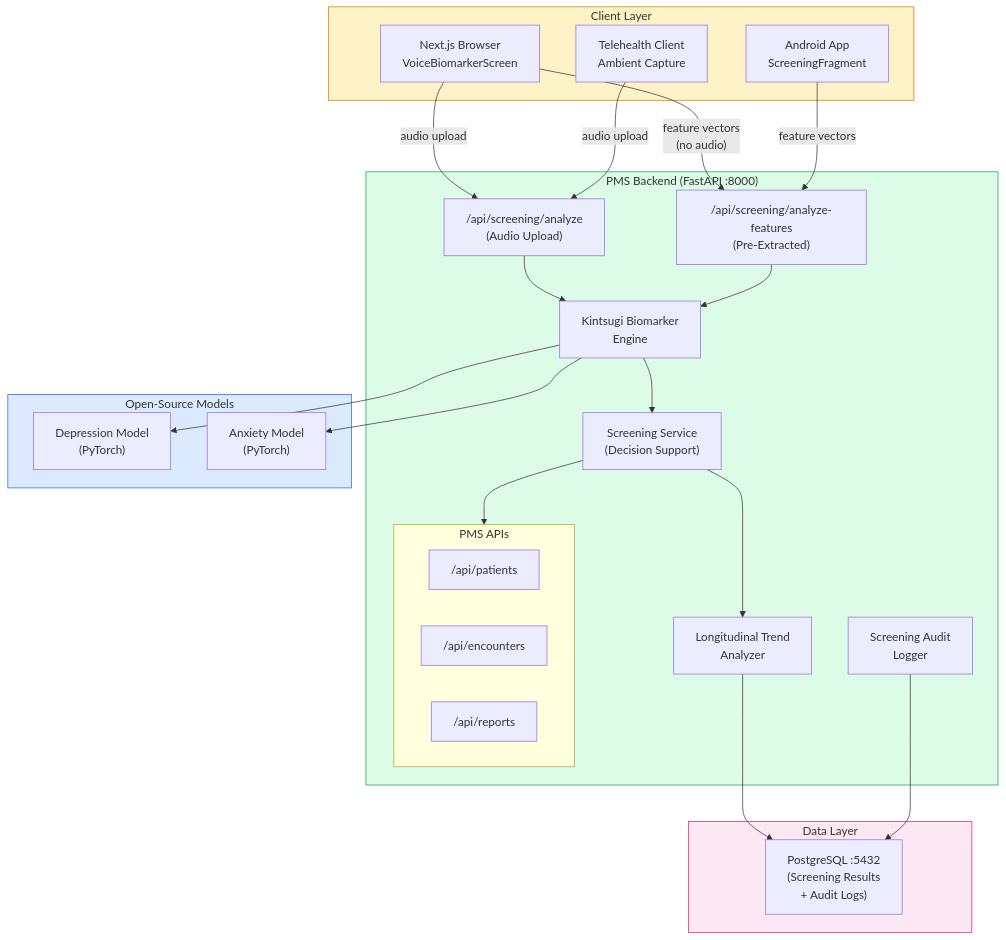
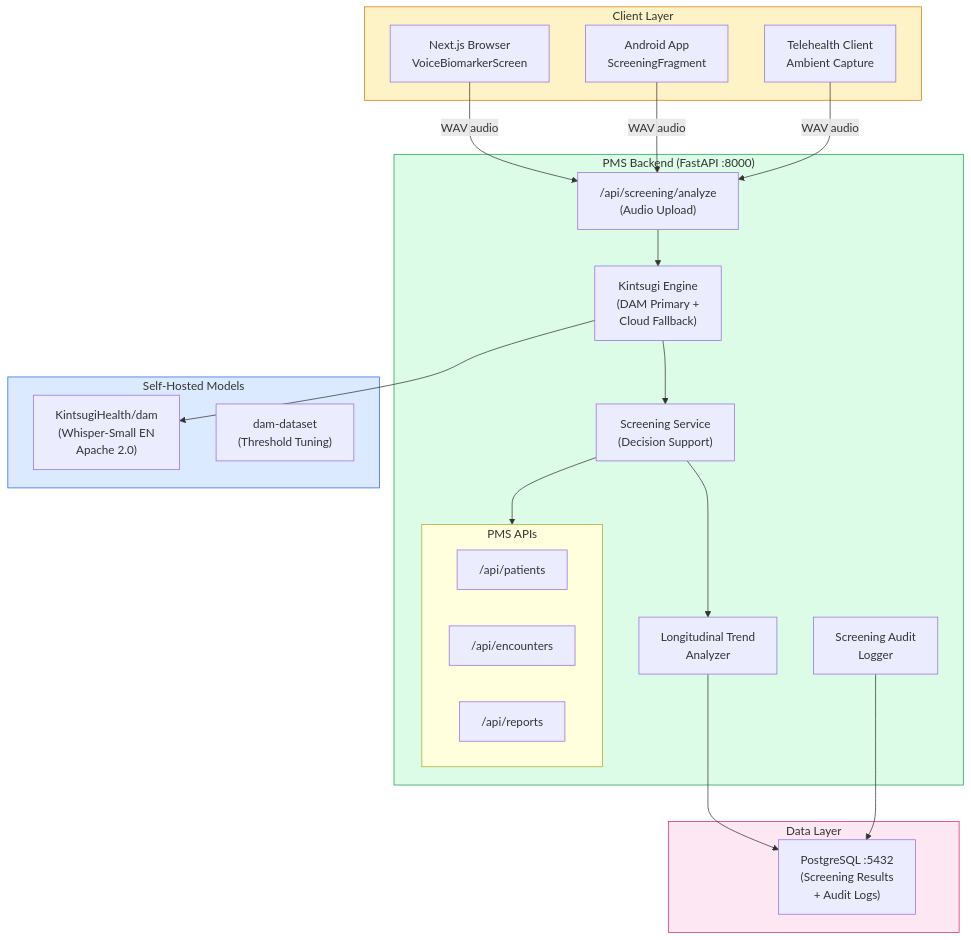
Before and after one commit to utexas-demo/demo: the second of 2 diagrams in docs/experiments/35-KintsugiOpenSource-Developer-Tutorial.md, drawn with Mermaid. The commit also changed other lines of this file and 4 other files, not shown here.

First line of the commit message:
Update Experiment 35 to use PyPI SDK and HuggingFace DAM model; add AI brief

````diff
--- a/docs/experiments/35-KintsugiOpenSource-Developer-Tutorial.md
+++ b/docs/experiments/35-KintsugiOpenSource-Developer-Tutorial.md
@@ -122,51 +123,47 @@
 ```mermaid
 flowchart TB
     subgraph Client["Client Layer"]
         BROWSER["Next.js Browser<br/>VoiceBiomarkerScreen"]
         ANDROID["Android App<br/>ScreeningFragment"]
         TELE["Telehealth Client<br/>Ambient Capture"]
     end
 
     subgraph Backend["PMS Backend (FastAPI :8000)"]
         ANALYZE["/api/screening/analyze<br/>(Audio Upload)"]
-        FEATURES["/api/screening/analyze-features<br/>(Pre-Extracted)"]
-        ENGINE["Kintsugi Biomarker<br/>Engine"]
+        ENGINE["Kintsugi Engine<br/>(DAM Primary +<br/>Cloud Fallback)"]
         SCREEN_SVC["Screening Service<br/>(Decision Support)"]
         TREND_SVC["Longitudinal Trend<br/>Analyzer"]
         AUDIT["Screening Audit<br/>Logger"]
 
         subgraph APIs["PMS APIs"]
             PAT["/api/patients"]
             ENC["/api/encounters"]
             RPT["/api/reports"]
         end
     end
 
-    subgraph Models["Open-Source Models"]
-        DEP["Depression Model<br/>(PyTorch)"]
-        ANX["Anxiety Model<br/>(PyTorch)"]
+    subgraph Models["Self-Hosted Models"]
+        DAM["KintsugiHealth/dam<br/>(Whisper-Small EN<br/>Apache 2.0)"]
+        DS["dam-dataset<br/>(Threshold Tuning)"]
     end
 
     subgraph Data["Data Layer"]
         PG["PostgreSQL :5432<br/>(Screening Results<br/>+ Audit Logs)"]
     end
 
-    BROWSER -->|"feature vectors<br/>(no audio)"| FEATURES
-    BROWSER -->|"audio upload"| ANALYZE
-    ANDROID -->|"feature vectors"| FEATURES
-    TELE -->|"audio upload"| ANALYZE
+    BROWSER -->|"WAV audio"| ANALYZE
+    ANDROID -->|"WAV audio"| ANALYZE
+    TELE -->|"WAV audio"| ANALYZE
     ANALYZE --> ENGINE
-    FEATURES --> ENGINE
-    ENGINE --> DEP
-    ENGINE --> ANX
+    ENGINE --> DAM
     ENGINE --> SCREEN_SVC
     SCREEN_SVC --> APIs
     SCREEN_SVC --> TREND_SVC
     TREND_SVC --> PG
     AUDIT --> PG
 
     style Client fill:#fef3c7,stroke:#d97706
     style Backend fill:#dcfce7,stroke:#16a34a
     style Models fill:#dbeafe,stroke:#2563eb
     style Data fill:#fce7f3,stroke:#db2777
 ```
````
